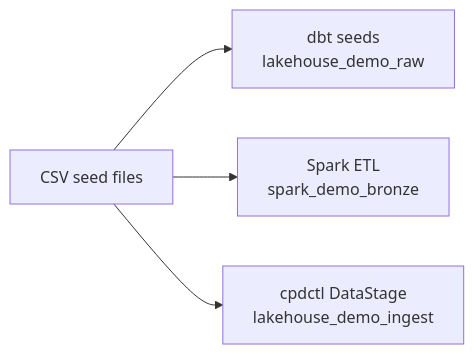
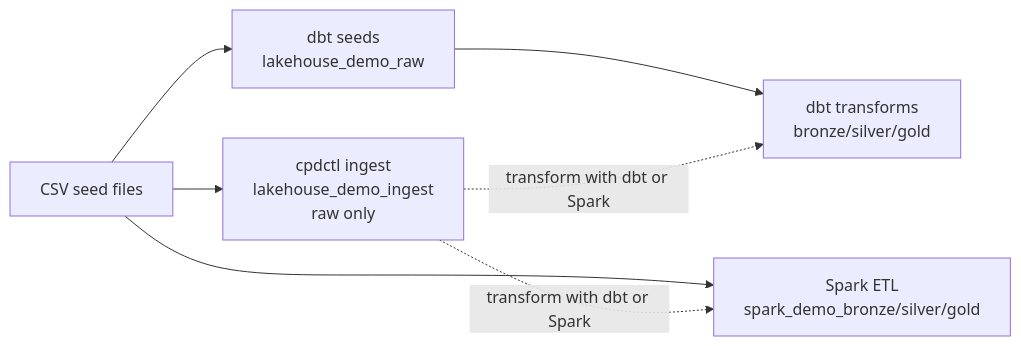
One commit to aseelert/ibmas-watsonxdata-dbt changed the first of 3 diagrams in docs/glossary.md. Above: the diagram before and after it, drawn with Mermaid. The commit also changed other lines of this file and 12 other files, not shown here.

First line of the commit message:
docs: reframe cpdctl as ingest-only loader, fix conceptual model + aged statements

````diff
--- a/docs/glossary.md
+++ b/docs/glossary.md
@@ -128,6 +128,8 @@
 ```mermaid
 flowchart LR
-    CSV[CSV seed files] --> dbt[dbt seeds<br/>lakehouse_demo_raw]
-    CSV --> Spark[Spark ETL<br/>spark_demo_bronze]
-    CSV --> cpdctl[cpdctl DataStage<br/>lakehouse_demo_ingest]
+    CSV[CSV seed files] --> dbt[dbt seeds<br/>lakehouse_demo_raw] --> dbtT[dbt transforms<br/>bronze/silver/gold]
+    CSV --> Spark[Spark ETL<br/>spark_demo_bronze/silver/gold]
+    CSV --> cpdctl[cpdctl ingest<br/>lakehouse_demo_ingest<br/>raw only]
+    cpdctl -. transform with dbt or Spark .-> dbtT
+    cpdctl -. transform with dbt or Spark .-> Spark
 ```
````
